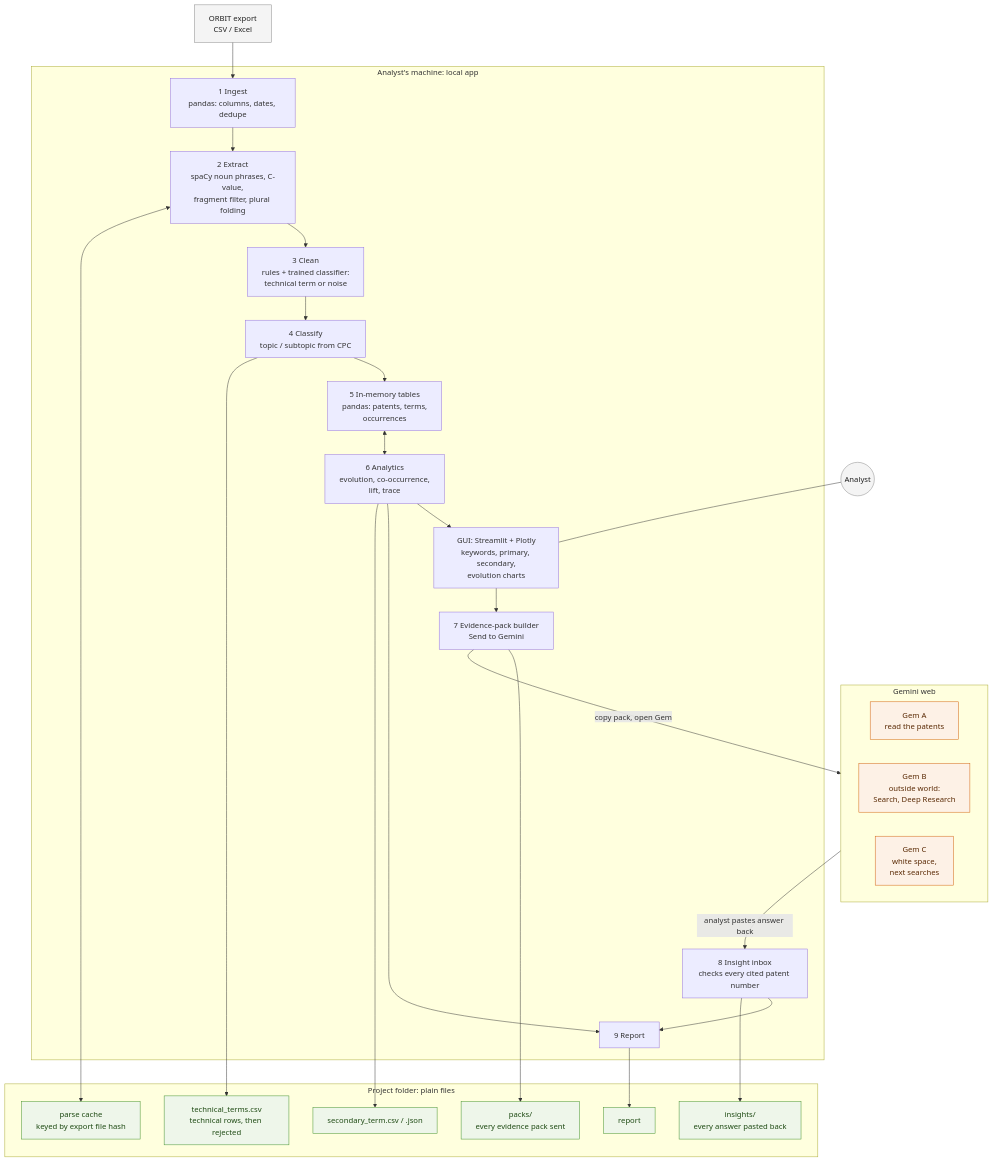
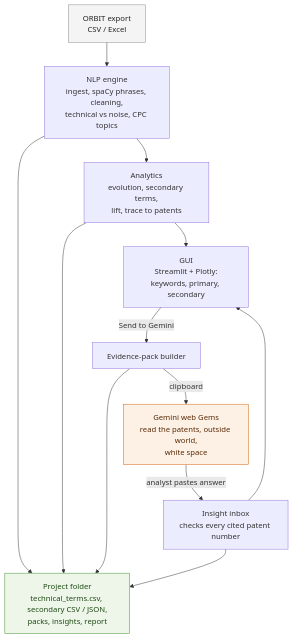
One commit to szed0/random changed the first of 3 diagrams in ARCHITECTURE.md. Above: the diagram before and after it, drawn with Mermaid. The commit also changed other lines of this file and 2 other files, not shown here.

Commit message:
Cut the architecture and dataflow diagrams to at most nine blocks

````diff
--- a/ARCHITECTURE.md
+++ b/ARCHITECTURE.md
@@ -20,58 +20,28 @@
 ```mermaid
 flowchart TB
     exportfile["ORBIT export<br/>CSV / Excel"]
-    analyst(("Analyst"))
+    engine["NLP engine<br/>ingest, spaCy phrases, cleaning,<br/>technical vs noise, CPC topics"]
+    analytics["Analytics<br/>evolution, secondary terms,<br/>lift, trace to patents"]
+    gui["GUI<br/>Streamlit + Plotly:<br/>keywords, primary, secondary"]
+    packer["Evidence-pack builder"]
+    gemini["Gemini web Gems<br/>read the patents, outside world,<br/>white space"]
+    inbox["Insight inbox<br/>checks every cited patent number"]
+    folder["Project folder<br/>technical_terms.csv, secondary CSV / JSON,<br/>packs, insights, report"]
 
-    subgraph LOCAL["Analyst's machine: local app"]
-        ingest["1 Ingest<br/>pandas: columns, dates, dedupe"]
-        extract["2 Extract<br/>spaCy noun phrases, C-value,<br/>fragment filter, plural folding"]
-        clean["3 Clean<br/>rules + trained classifier:<br/>technical term or noise"]
-        classify["4 Classify<br/>topic / subtopic from CPC"]
-        memory["5 In-memory tables<br/>pandas: patents, terms,<br/>occurrences"]
-        analytics["6 Analytics<br/>evolution, co-occurrence,<br/>lift, trace"]
-        gui["GUI: Streamlit + Plotly<br/>keywords, primary, secondary,<br/>evolution charts"]
-        packer["7 Evidence-pack builder<br/>Send to Gemini"]
-        inbox["8 Insight inbox<br/>checks every cited patent number"]
-        report["9 Report"]
-
-        ingest --> extract --> clean --> classify --> memory
-        memory <--> analytics
-        analytics --> gui
-        gui --> packer
-        inbox --> report
-        analytics --> report
-    end
-
-    subgraph FOLDER["Project folder: plain files"]
-        termsfile["technical_terms.csv<br/>technical rows, then rejected"]
-        secfile["secondary_term.csv / .json"]
-        packsdir["packs/<br/>every evidence pack sent"]
-        insightsdir["insights/<br/>every answer pasted back"]
-        reportfile["report"]
-        cachefile["parse cache<br/>keyed by export file hash"]
-    end
-
-    subgraph GEMINI["Gemini web"]
-        gemA["Gem A<br/>read the patents"]
-        gemB["Gem B<br/>outside world:<br/>Search, Deep Research"]
-        gemC["Gem C<br/>white space,<br/>next searches"]
-    end
-
-    exportfile --> ingest
-    analyst --- gui
-    extract <--> cachefile
-    classify --> termsfile
-    analytics --> secfile
-    packer --> packsdir
-    inbox --> insightsdir
-    report --> reportfile
-    packer -- "copy pack, open Gem" --> GEMINI
-    GEMINI -- "analyst pastes answer back" --> inbox
+    exportfile --> engine --> analytics --> gui
+    gui -- "Send to Gemini" --> packer
+    packer -- "clipboard" --> gemini
+    gemini -- "analyst pastes answer" --> inbox
+    inbox --> gui
+    engine --> folder
+    analytics --> folder
+    packer --> folder
+    inbox --> folder
 
     classDef ext fill:#f4f4f4,stroke:#888,color:#222
     classDef file fill:#eef6ea,stroke:#3f8f29,color:#1e4a13
     classDef gem fill:#fdf1e6,stroke:#d1600a,color:#5a2a05
-    class exportfile,analyst ext
-    class termsfile,secfile,packsdir,insightsdir,reportfile,cachefile file
-    class gemA,gemB,gemC gem
+    class exportfile ext
+    class folder file
+    class gemini gem
 ```
````
